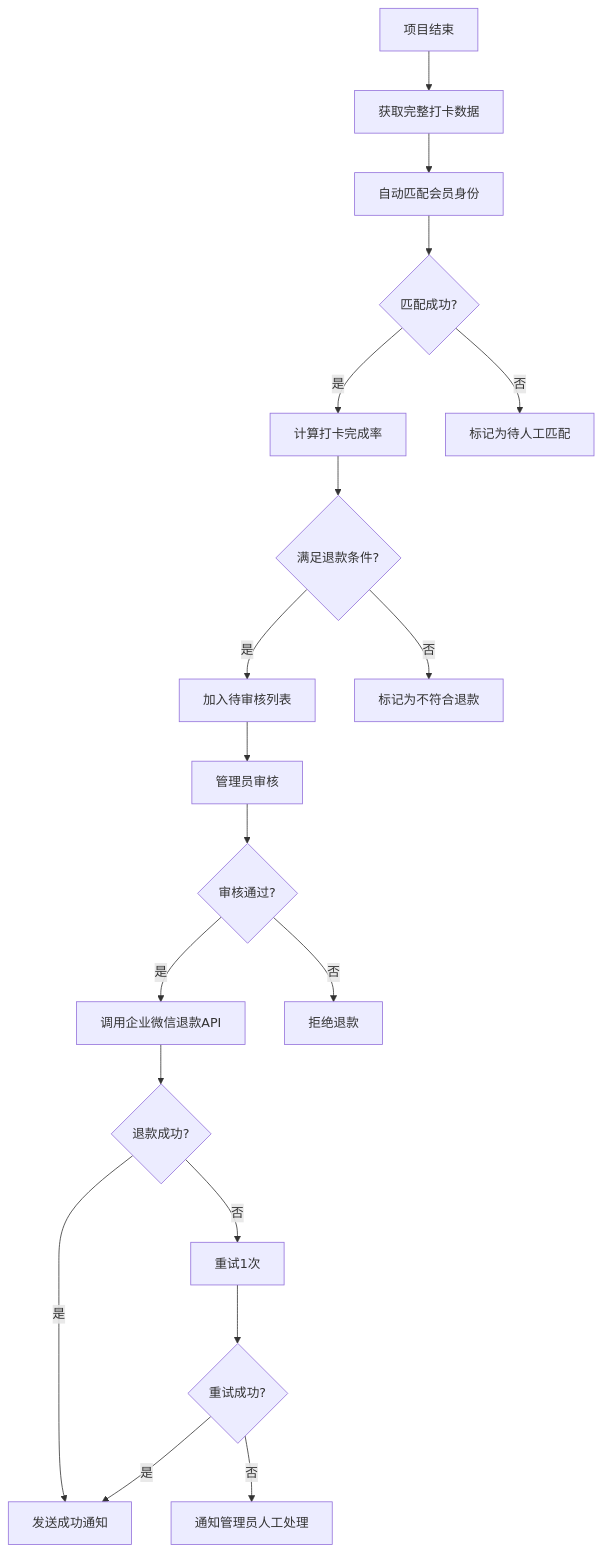
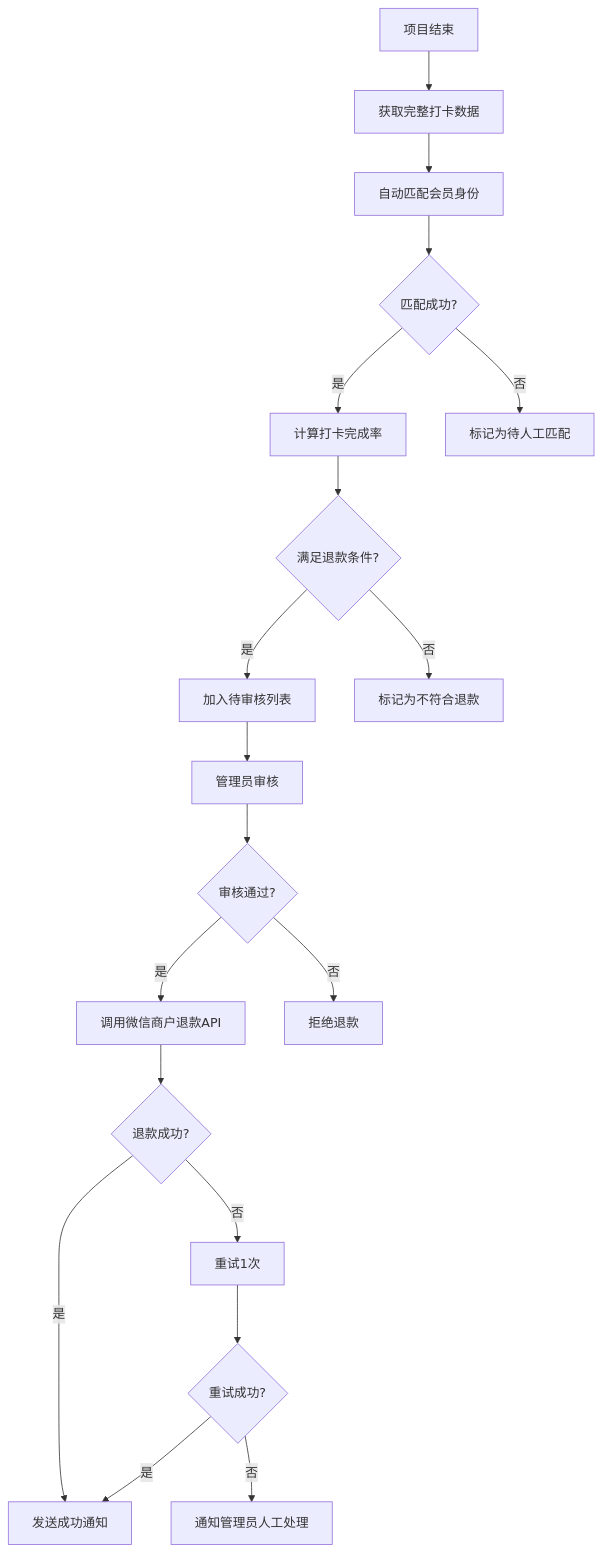
The third of 4 diagrams in docs/PRD.md (yiancode/AutoDepositRefundAgent), drawn with Mermaid before and after one commit. The commit also changed other lines of this file and 19 other files, not shown here.

````diff
--- a/docs/PRD.md
+++ b/docs/PRD.md
@@ -103,21 +103,21 @@
 ```mermaid
 graph TD
     A[项目结束] --> B[获取完整打卡数据]
     B --> C[自动匹配会员身份]
     C --> D{匹配成功?}
     D -->|是| E[计算打卡完成率]
     D -->|否| F[标记为待人工匹配]
     E --> G{满足退款条件?}
     G -->|是| H[加入待审核列表]
     G -->|否| I[标记为不符合退款]
     H --> J[管理员审核]
     J --> K{审核通过?}
-    K -->|是| L[调用企业微信退款API]
+    K -->|是| L[调用微信商户退款API]
     K -->|否| M[拒绝退款]
     L --> N{退款成功?}
     N -->|是| O[发送成功通知]
     N -->|否| P[重试1次]
     P --> Q{重试成功?}
     Q -->|是| O
     Q -->|否| R[通知管理员人工处理]
 ```
````
